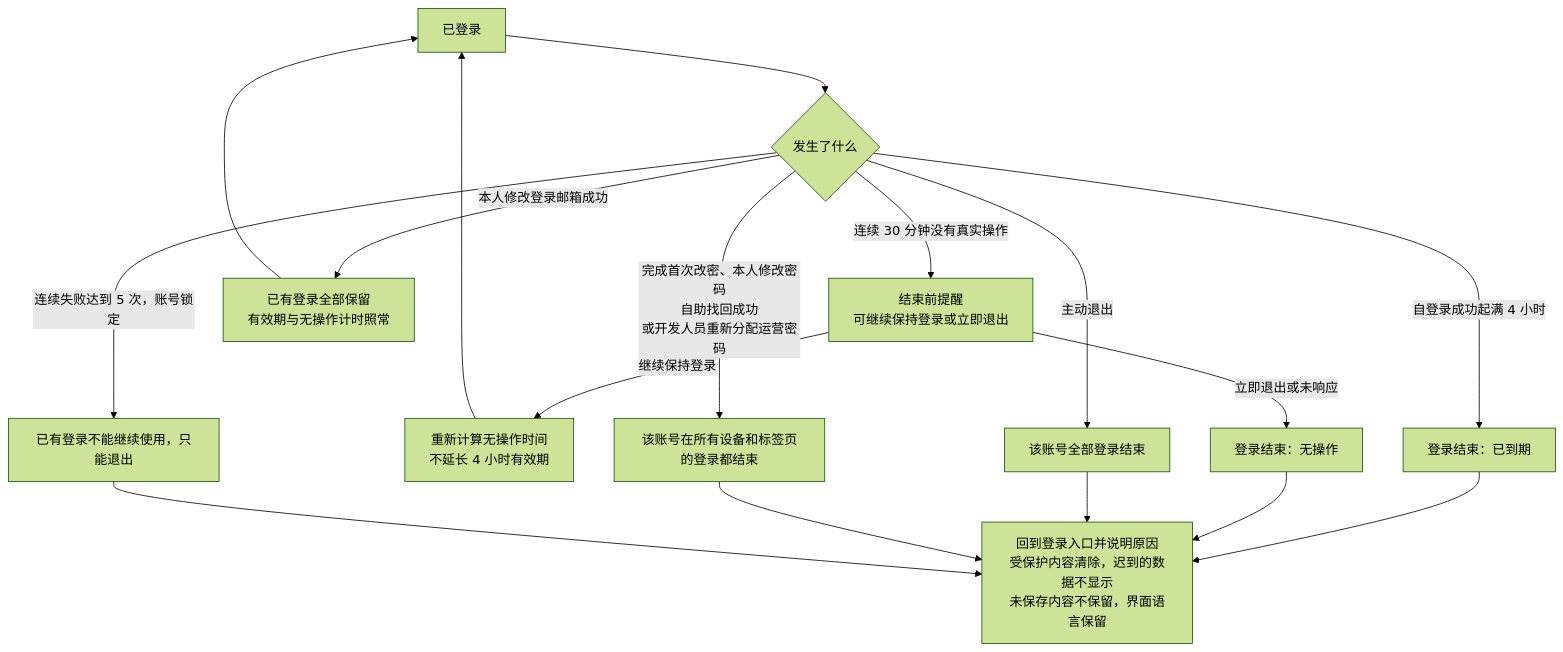
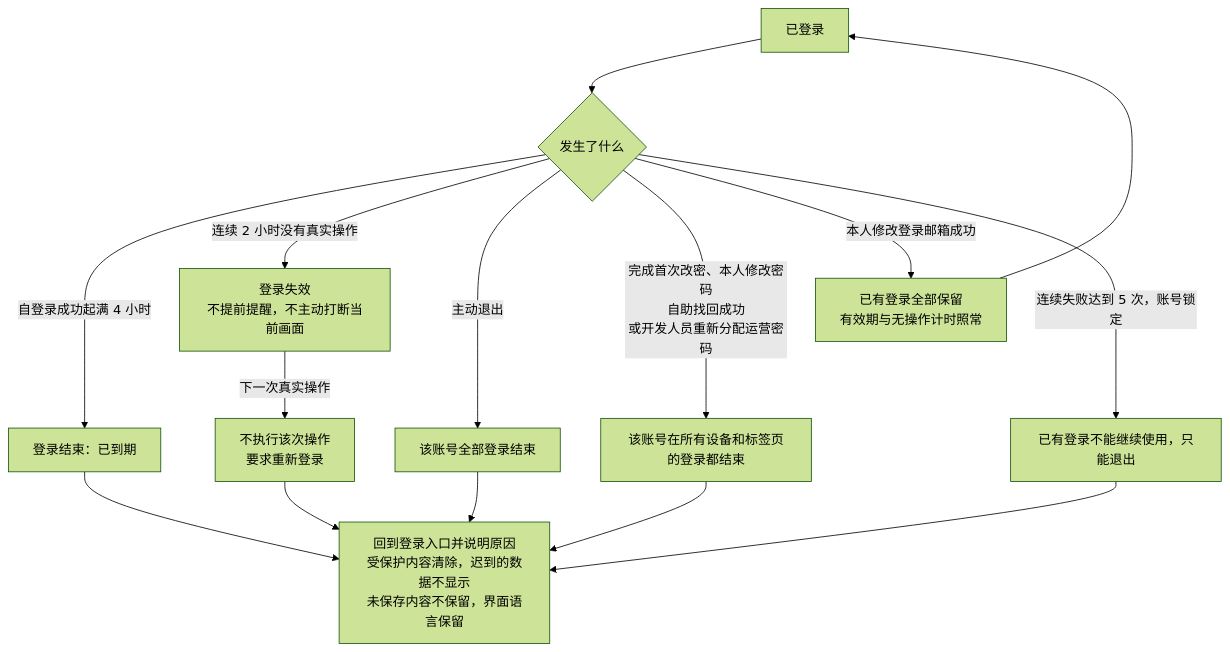
One commit to wxblockchain/Chain-Financing changed the second of 9 diagrams in token-issuance-platform/PRD/管理端/M5-管理端登录与权限/02-管理端登录与权限-流程图与状态机.md. Above: the diagram before and after it, drawn with Mermaid (forest theme). The commit also changed other lines of this file and 17 other files, not shown here.

````diff
--- a/token-issuance-platform/PRD/管理端/M5-管理端登录与权限/02-管理端登录与权限-流程图与状态机.md
+++ b/token-issuance-platform/PRD/管理端/M5-管理端登录与权限/02-管理端登录与权限-流程图与状态机.md
@@ -49,19 +49,17 @@
 ```mermaid
 flowchart TD
     A[已登录] --> B{发生了什么}
     B -->|自登录成功起满 4 小时| C[登录结束：已到期]
-    B -->|连续 30 分钟没有真实操作| D[结束前提醒<br/>可继续保持登录或立即退出]
-    D -->|继续保持登录| D1[重新计算无操作时间<br/>不延长 4 小时有效期]
-    D1 --> A
-    D -->|立即退出或未响应| E[登录结束：无操作]
+    B -->|连续 2 小时没有真实操作| D[登录失效<br/>不提前提醒，不主动打断当前画面]
+    D -->|下一次真实操作| E[不执行该次操作<br/>要求重新登录]
     B -->|主动退出| F[该账号全部登录结束]
     B -->|完成首次改密、本人修改密码<br/>自助找回成功<br/>或开发人员重新分配运营密码| G[该账号在所有设备和标签页的登录都结束]
     B -->|本人修改登录邮箱成功| K[已有登录全部保留<br/>有效期与无操作计时照常]
     K --> A
     B -->|连续失败达到 5 次，账号锁定| H[已有登录不能继续使用，只能退出]
     C --> Z[回到登录入口并说明原因<br/>受保护内容清除，迟到的数据不显示<br/>未保存内容不保留，界面语言保留]
     E --> Z
     F --> Z
     G --> Z
     H --> Z
 ```
````
